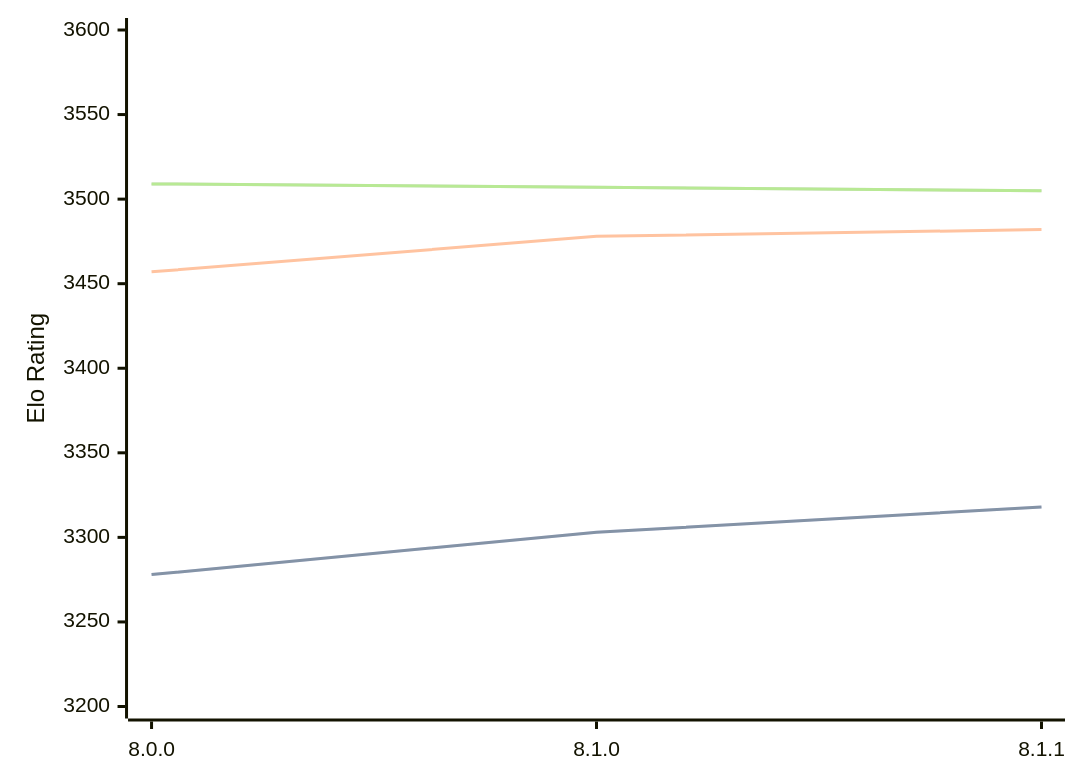
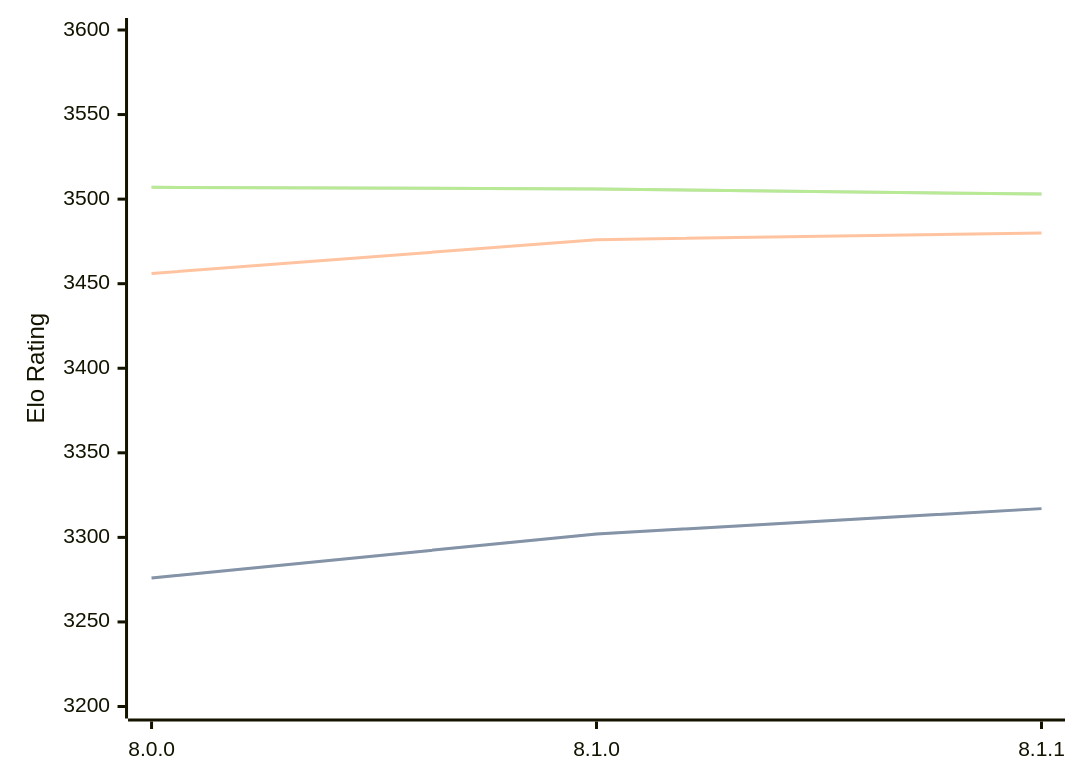
The diagram in engines/Velvet.md (computer-chess-index/cci), drawn with Mermaid before and after one commit. The commit also changed other lines of this file, not shown here.

Commit message:
Update CCI Ratings (ELO VLTC) - 2026-04-26

````diff
--- a/engines/Velvet.md
+++ b/engines/Velvet.md
@@ -57,11 +57,11 @@
 ```mermaid
 %%{init: {"theme":"base","themeVariables":{"seriesColors:['#a3a3a3','#222221','#faa371']}}}%%
 xychart-beta
   x-axis ["8.0.0", "8.1.0", "8.1.1"]
   y-axis "Elo Rating" 3200 --> 3600
-  line "STC (8.0+0.08s)" [3278, 3303, 3318]
-  line "STC (8.0+0.08s)" [3278, 3303, 3318]
-  line "LTC (60.0+0.60s)" [3457, 3478, 3482]
-  line "VLTC (2m24s+1.12s)" [3509, 3507, 3505]
-  line "VLTC (2m24s+1.12s)" [3509, 3507, 3505]
+  line "STC (8.0+0.08s)" [3276, 3302, 3317]
+  line "STC (8.0+0.08s)" [3276, 3302, 3317]
+  line "LTC (60.0+0.60s)" [3456, 3476, 3480]
+  line "VLTC (2m24s+1.12s)" [3507, 3506, 3503]
+  line "VLTC (2m24s+1.12s)" [3507, 3506, 3503]
 ```
````
